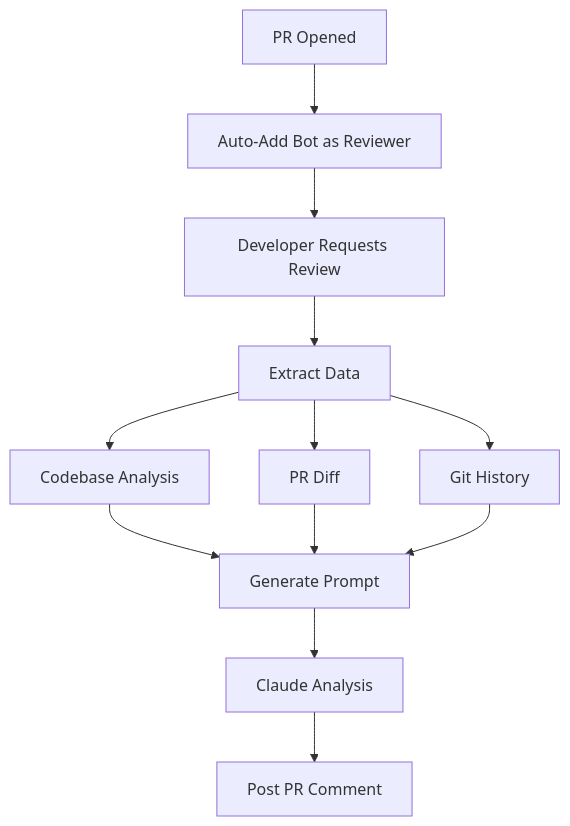
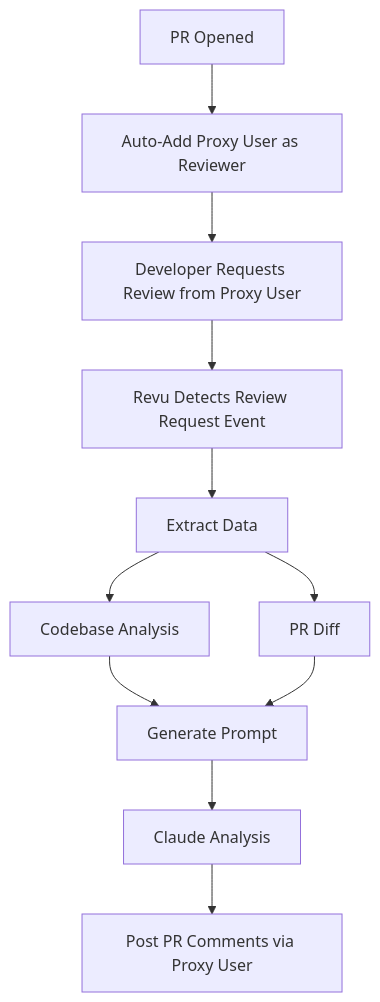
One commit to SocialGouv/revu changed the diagram in README.md. Above: the diagram before and after it, drawn with Mermaid. The commit also changed other lines of this file and 10 other files, not shown here.

Commit message:
feat: use proxy user (#92)

````diff
--- a/README.md
+++ b/README.md
@@ -19,14 +19,13 @@
 ```mermaid
 graph TD
-    A[PR Opened] --> B[Auto-Add Bot as Reviewer]
-    B --> C[Developer Requests Review]
-    C --> D[Extract Data]
-    D --> E[Codebase Analysis]
-    D --> F[PR Diff]
-    D --> G[Git History]
-    E --> H[Generate Prompt]
-    F --> H
+    A[PR Opened] --> B[Auto-Add Proxy User as Reviewer]
+    B --> C[Developer Requests Review from Proxy User]
+    C --> D[Revu Detects Review Request Event]
+    D --> E[Extract Data]
+    E --> F[Codebase Analysis]
+    E --> G[PR Diff]
+    F --> H[Generate Prompt]
     G --> H
     H --> I[Claude Analysis]
-    I --> J[Post PR Comment]
+    I --> J[Post PR Comments via Proxy User]
 ```
````
